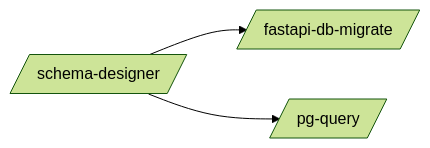
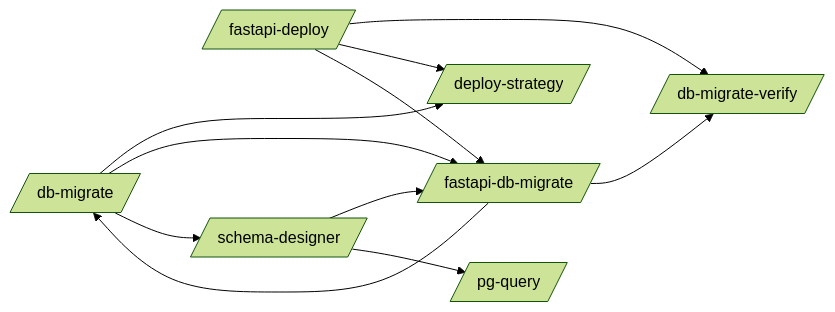
Before and after one commit to abhayla/claude-best-practices: the first of 29 diagrams in docs/workflows/_needs-manual-review.md, drawn with Mermaid (forest theme). The commit also changed other lines of this file and 12 other files, not shown here.

````diff
--- a/docs/workflows/_needs-manual-review.md
+++ b/docs/workflows/_needs-manual-review.md
@@ -9,8 +9,20 @@
 ```mermaid
 graph LR
+    db_migrate[/db-migrate/]
+    db_migrate_verify[/db-migrate-verify/]
+    deploy_strategy[/deploy-strategy/]
     fastapi_db_migrate[/fastapi-db-migrate/]
+    fastapi_deploy[/fastapi-deploy/]
     pg_query[/pg-query/]
     schema_designer[/schema-designer/]
+    db_migrate --> deploy_strategy
+    db_migrate --> fastapi_db_migrate
+    db_migrate --> schema_designer
+    fastapi_db_migrate --> db_migrate
+    fastapi_db_migrate --> db_migrate_verify
+    fastapi_deploy --> db_migrate_verify
+    fastapi_deploy --> deploy_strategy
+    fastapi_deploy --> fastapi_db_migrate
     schema_designer --> fastapi_db_migrate
     schema_designer --> pg_query
 ```
````
